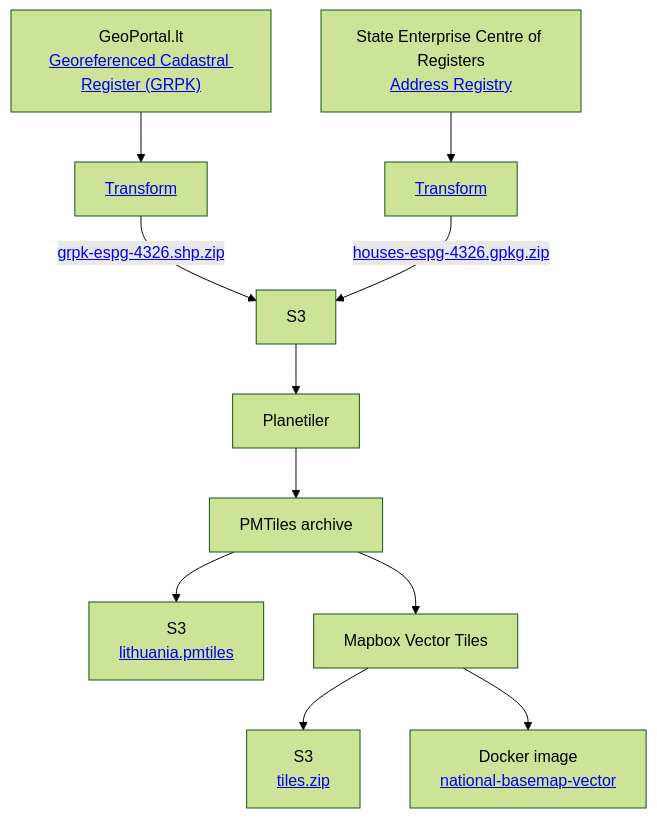
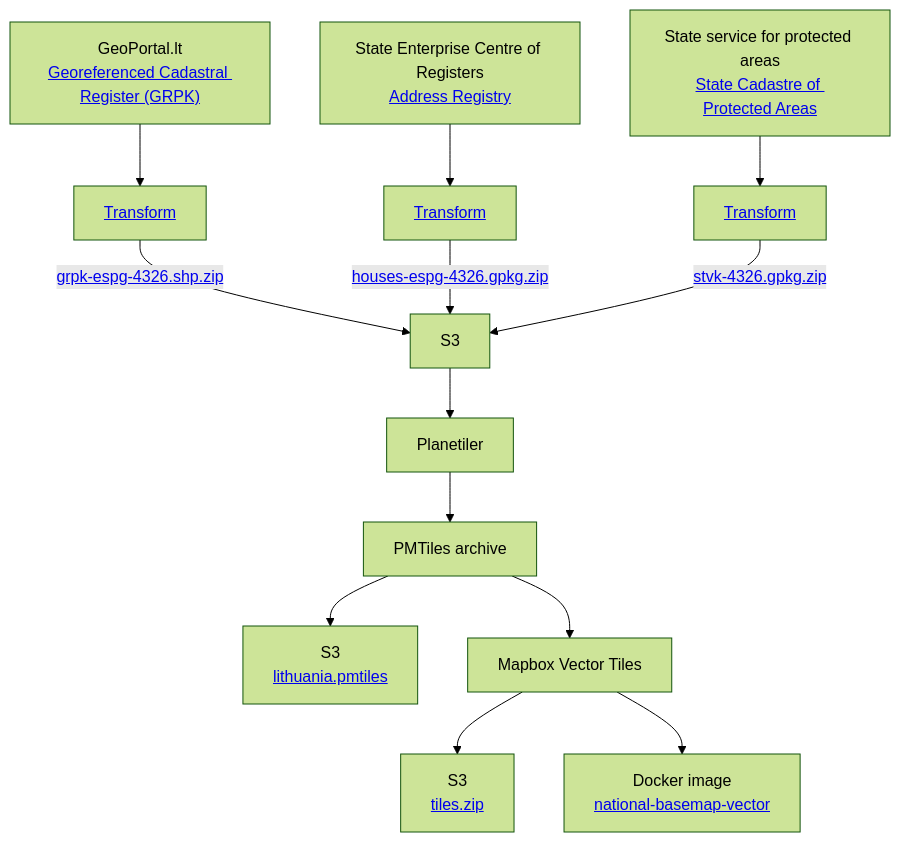
The diagram in README.md (govlt/national-basemap), drawn with Mermaid (forest theme) before and after one commit. The commit also changed other lines of this file, not shown here.

Commit message:
STVK to readme

````diff
--- a/README.md
+++ b/README.md
@@ -166,12 +166,13 @@
 ```mermaid
 flowchart TD
     grpk["GeoPortal.lt\n<a href="https://www.geoportal.lt/geoportal/web/georeferencinio-pagrindo-kadastras-grpk">Georeferenced Cadastral Register (GRPK)</a>"]-->transform-grpk["<a href="https://github.com/govlt/national-basemap/blob/main/.github/workflows/basemap-vector-data-source.yml">Transform</a>"]-->|"<a href="https://cdn.startupgov.lt/tiles/vector/sources/grpk/grpk-espg-4326.shp.zip">grpk-espg-4326.shp.zip</a>"|S3
     ar["State Enterprise Centre of Registers\n<a href="https://www.registrucentras.lt/p/1187">Address Registry</a>"]-->transform-ar["<a href="https://github.com/govlt/national-basemap/blob/main/.github/workflows/basemap-vector-data-source.yml">Transform</a>"]-->|"<a href="https://cdn.startupgov.lt/tiles/vector/sources/address-registry/houses-espg-4326.gpkg.zip">houses-espg-4326.gpkg.zip</a>"|S3
+    stvk["State service for protected areas\n<a href="https://stvk.lt/">State Cadastre of Protected Areas</a>"]-->transform-stvk["<a href="https://github.com/govlt/national-basemap/blob/main/.github/workflows/basemap-vector-data-source.yml">Transform</a>"]-->|"<a href="https://cdn.startupgov.lt/tiles/vector/sources/stvk/stvk-4326.gpkg.zip">stvk-4326.gpkg.zip</a>"|S3
 S3-->Planetiler-->PMTiles["PMTiles archive"]
 
 PMTiles-->s3-pmtiles["S3\n<a href="https://cdn.startupgov.lt/tiles/vector/pmtiles/lithuania.pmtiles">lithuania.pmtiles</a>"]
 
 PMTiles-->mvt["Mapbox Vector Tiles"]
 mvt-->tiles["S3\n<a href="https://cdn.startupgov.lt/tiles/vector/mvt/tiles.zip">tiles.zip</a>"]
 mvt-->docker-image["Docker image\n<a href="https://github.com/govlt/national-basemap/pkgs/container/national-basemap-vector">national-basemap-vector</a>"]
 ```
````
